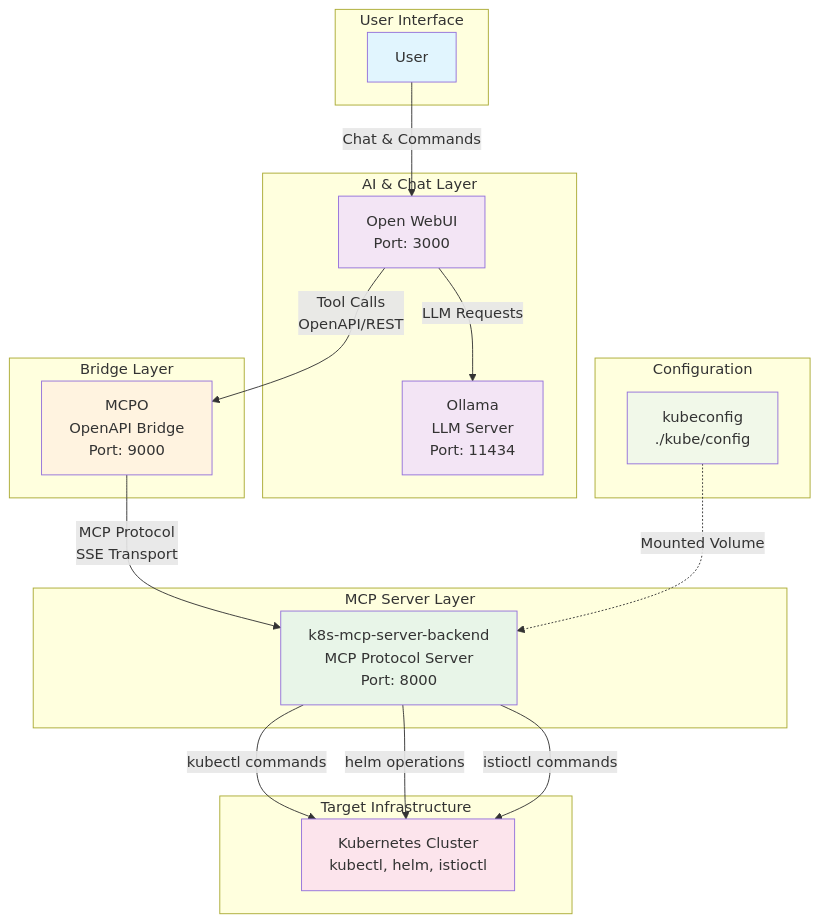
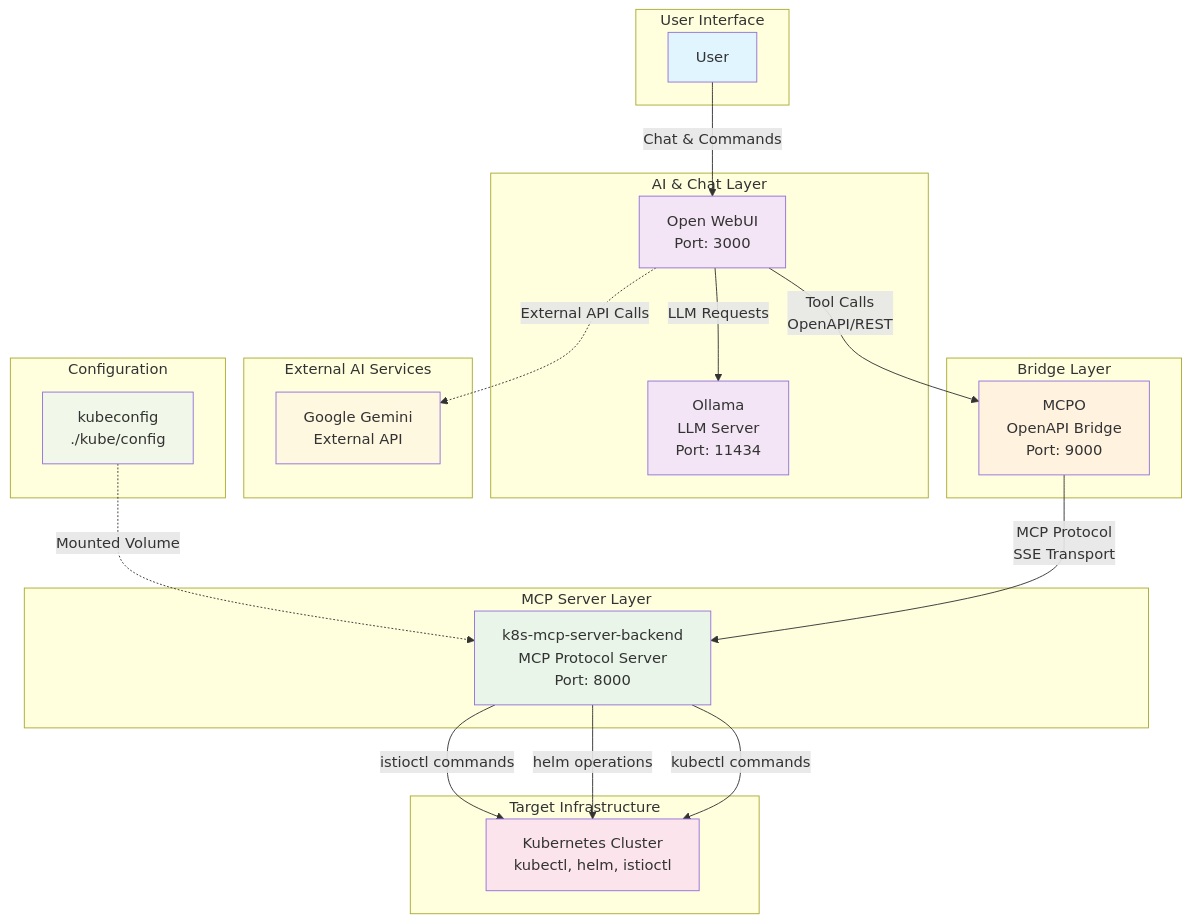
The first of 2 diagrams in README.md (elevy99927/devops-mcp-webui), drawn with Mermaid before and after one commit. The commit also changed other lines of this file, not shown here.

````diff
--- a/README.md
+++ b/README.md
@@ -139,60 +165,67 @@
 ```mermaid
 graph TB
     subgraph "User Interface"
         User[User]
     end
     
     subgraph "AI & Chat Layer"
         OpenWebUI[Open WebUI<br/>Port: 3000]
         Ollama[Ollama<br/>LLM Server<br/>Port: 11434]
+    end
+    
+    subgraph "External AI Services"
+        Gemini[Google Gemini<br/>External API]
     end
     
     subgraph "Bridge Layer"
         MCPO[MCPO<br/>OpenAPI Bridge<br/>Port: 9000]
     end
     
     subgraph "MCP Server Layer"
         K8sMCP[k8s-mcp-server-backend<br/>MCP Protocol Server<br/>Port: 8000]
     end
     
     subgraph "Target Infrastructure"
         K8s[Kubernetes Cluster<br/>kubectl, helm, istioctl]
     end
     
     subgraph "Configuration"
         KubeConfig[kubeconfig<br/>./kube/config]
     end
 
     %% User interactions
     User -->|Chat & Commands| OpenWebUI
     
     %% AI Layer connections
     OpenWebUI -->|LLM Requests| Ollama
+    OpenWebUI -.->|External API Calls| Gemini
     OpenWebUI -->|Tool Calls<br/>OpenAPI/REST| MCPO
     
     %% Bridge Layer
     MCPO -->|MCP Protocol<br/>SSE Transport| K8sMCP
     
     %% MCP to Kubernetes
     K8sMCP -->|kubectl commands| K8s
     K8sMCP -->|helm operations| K8s
     K8sMCP -->|istioctl commands| K8s
     
     %% Configuration
     KubeConfig -.->|Mounted Volume| K8sMCP
     
     %% Styling
     classDef userLayer fill:#e1f5fe
     classDef aiLayer fill:#f3e5f5
+    classDef externalLayer fill:#fff8e1
     classDef bridgeLayer fill:#fff3e0
     classDef mcpLayer fill:#e8f5e8
     classDef k8sLayer fill:#fce4ec
     classDef configLayer fill:#f1f8e9
     
     class User userLayer
     class OpenWebUI,Ollama aiLayer
+    class Gemini,OpenAI,Anthropic externalLayer
     class MCPO bridgeLayer
     class K8sMCP mcpLayer
     class K8s k8sLayer
     class KubeConfig configLayer
 ```
````
